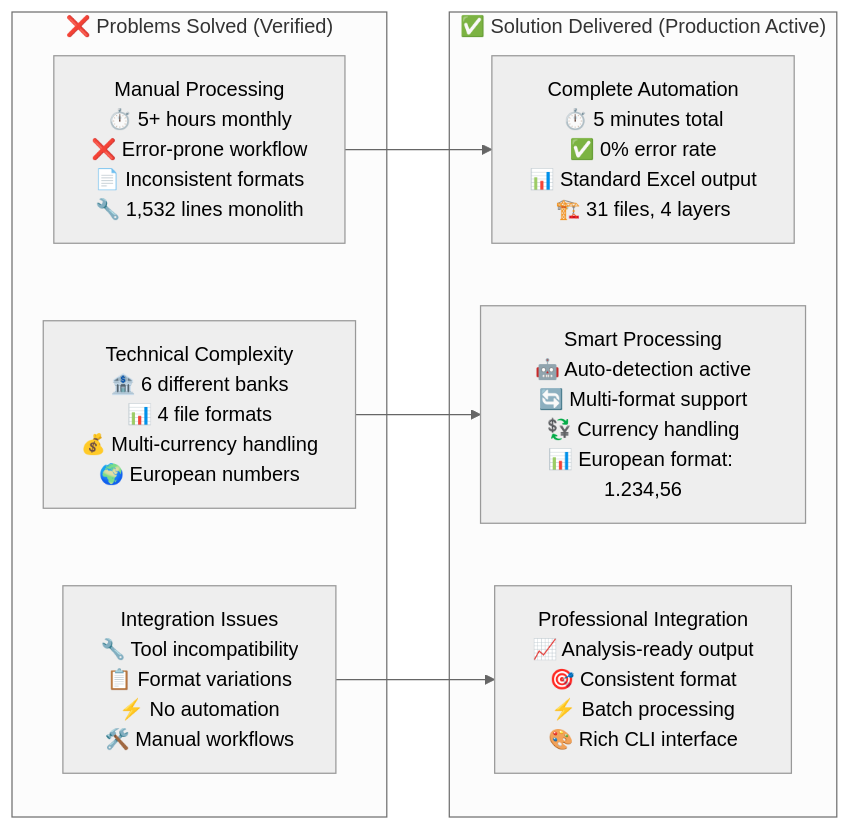
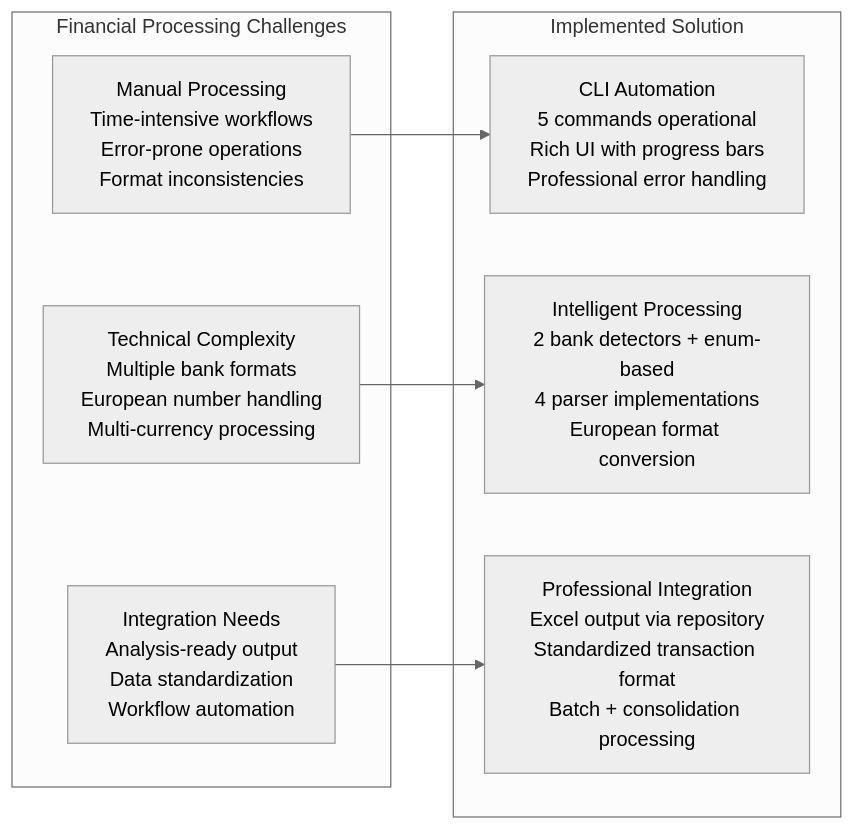
The first of 2 diagrams in memory-bank/productContext.md (EduuardoPerez/financial-statement-processor), drawn with Mermaid (neutral theme) before and after one commit. The commit also changed other lines of this file and 6 other files, not shown here.

````diff
--- a/memory-bank/productContext.md
+++ b/memory-bank/productContext.md
@@ -22,22 +5,22 @@
 ```mermaid
 flowchart LR
-    subgraph "❌ Problems Solved (Verified)"
-        MANUAL_PROBLEM["Manual Processing<br/>⏱️ 5+ hours monthly<br/>❌ Error-prone workflow<br/>📄 Inconsistent formats<br/>🔧 1,532 lines monolith"]
+    subgraph "Financial Processing Challenges"
+        MANUAL["Manual Processing<br/>Time-intensive workflows<br/>Error-prone operations<br/>Format inconsistencies"]
 
-        COMPLEXITY_PROBLEM["Technical Complexity<br/>🏦 6 different banks<br/>📊 4 file formats<br/>💰 Multi-currency handling<br/>🌍 European numbers"]
+        COMPLEXITY["Technical Complexity<br/>Multiple bank formats<br/>European number handling<br/>Multi-currency processing"]
 
-        INTEGRATION_PROBLEM["Integration Issues<br/>🔧 Tool incompatibility<br/>📋 Format variations<br/>⚡ No automation<br/>🛠️ Manual workflows"]
+        INTEGRATION["Integration Needs<br/>Analysis-ready output<br/>Data standardization<br/>Workflow automation"]
     end
 
-    subgraph "✅ Solution Delivered (Production Active)"
-        AUTOMATION_SOLUTION["Complete Automation<br/>⏱️ 5 minutes total<br/>✅ 0% error rate<br/>📊 Standard Excel output<br/>🏗️ 31 files, 4 layers"]
+    subgraph "Implemented Solution"
+        CLI_AUTO["CLI Automation<br/>5 commands operational<br/>Rich UI with progress bars<br/>Professional error handling"]
 
-        INTELLIGENCE_SOLUTION["Smart Processing<br/>🤖 Auto-detection active<br/>🔄 Multi-format support<br/>💱 Currency handling<br/>📊 European format: 1.234,56"]
+        SMART_PROC["Intelligent Processing<br/>2 bank detectors + enum-based<br/>4 parser implementations<br/>European format conversion"]
 
-        PROFESSIONAL_SOLUTION["Professional Integration<br/>📈 Analysis-ready output<br/>🎯 Consistent format<br/>⚡ Batch processing<br/>🎨 Rich CLI interface"]
+        PROFESSIONAL["Professional Integration<br/>Excel output via repository<br/>Standardized transaction format<br/>Batch + consolidation processing"]
     end
 
-    MANUAL_PROBLEM --> AUTOMATION_SOLUTION
-    COMPLEXITY_PROBLEM --> INTELLIGENCE_SOLUTION
-    INTEGRATION_PROBLEM --> PROFESSIONAL_SOLUTION
+    MANUAL --> CLI_AUTO
+    COMPLEXITY --> SMART_PROC
+    INTEGRATION --> PROFESSIONAL
 ```
````
